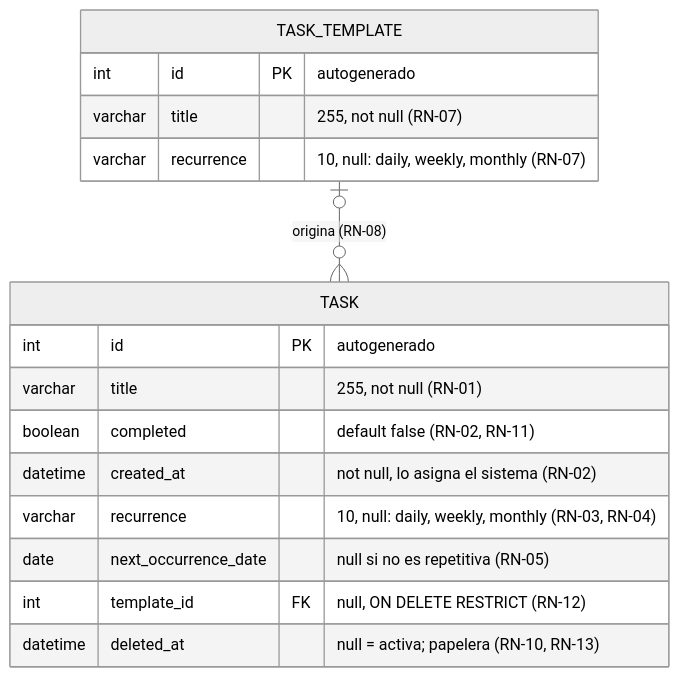
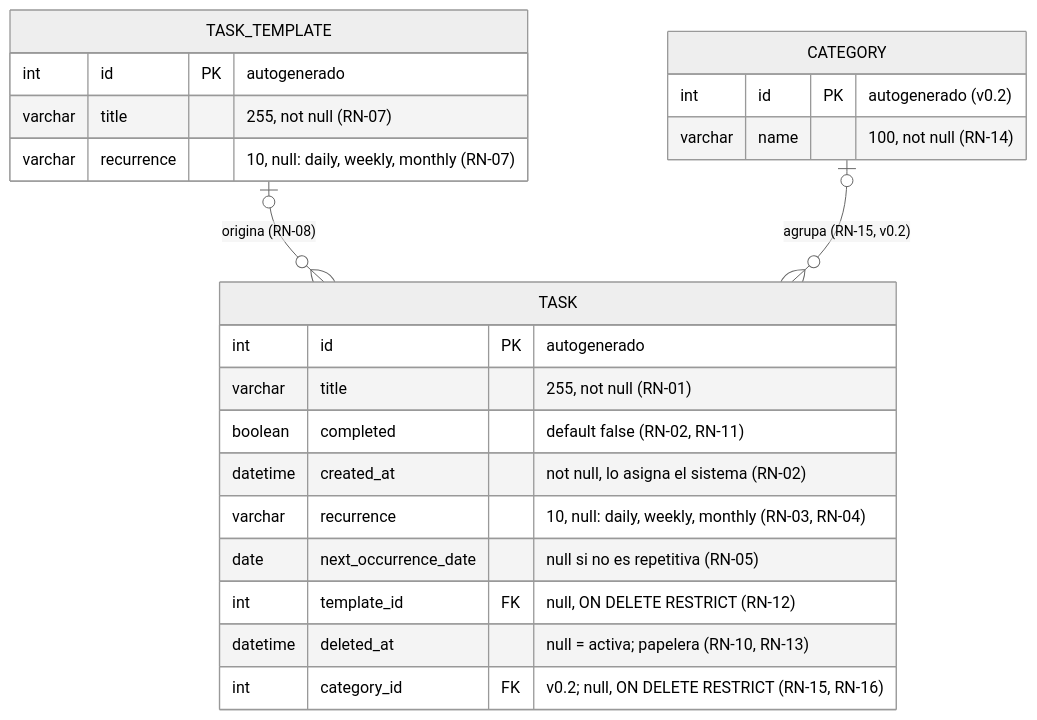
One commit to hispafox/DemoAgentes changed the diagram in docs/analisis.md. Above: the diagram before and after it, drawn with Mermaid (neutral theme). The commit also changed other lines of this file and 3 other files, not shown here.

````diff
--- a/docs/analisis.md
+++ b/docs/analisis.md
@@ -70,21 +70,28 @@
 ```mermaid
 erDiagram
     TASK_TEMPLATE |o--o{ TASK : "origina (RN-08)"
+    CATEGORY |o--o{ TASK : "agrupa (RN-15, v0.2)"
 
     TASK {
         int id PK "autogenerado"
         varchar title "255, not null (RN-01)"
         boolean completed "default false (RN-02, RN-11)"
         datetime created_at "not null, lo asigna el sistema (RN-02)"
         varchar recurrence "10, null: daily, weekly, monthly (RN-03, RN-04)"
         date next_occurrence_date "null si no es repetitiva (RN-05)"
         int template_id FK "null, ON DELETE RESTRICT (RN-12)"
         datetime deleted_at "null = activa; papelera (RN-10, RN-13)"
+        int category_id FK "v0.2; null, ON DELETE RESTRICT (RN-15, RN-16)"
     }
 
     TASK_TEMPLATE {
         int id PK "autogenerado"
         varchar title "255, not null (RN-07)"
         varchar recurrence "10, null: daily, weekly, monthly (RN-07)"
     }
+
+    CATEGORY {
+        int id PK "autogenerado (v0.2)"
+        varchar name "100, not null (RN-14)"
+    }
 ```
````
